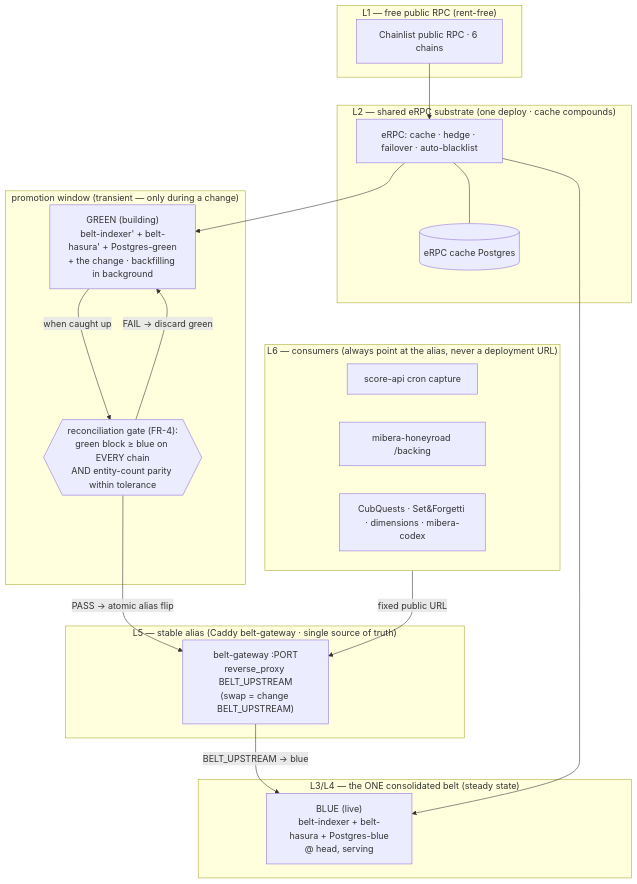
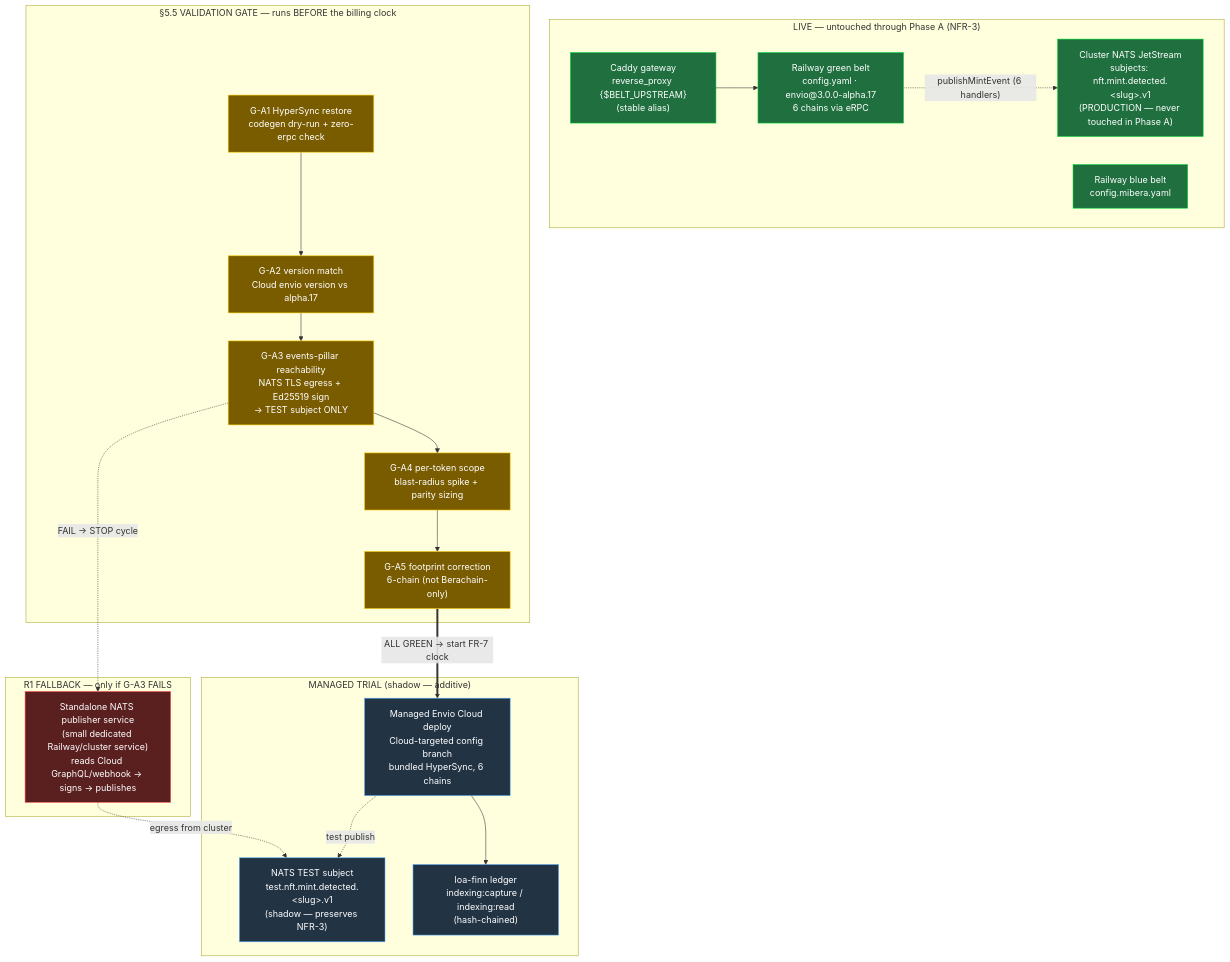
The first of 5 diagrams in grimoires/loa/sdd.md (0xHoneyJar/sonar-api), drawn with Mermaid before and after one commit. The commit also changed other lines of this file and 10 other files, not shown here.

````diff
--- a/grimoires/loa/sdd.md
+++ b/grimoires/loa/sdd.md
@@ -61,39 +78,45 @@
 ```mermaid
 graph TD
-    subgraph Consumers["L6 — consumers (always point at the alias, never a deployment URL)"]
-        SC[score-api cron capture]
-        HR[mibera-honeyroad /backing]
-        CQ[CubQuests · Set&Forgetti · dimensions · mibera-codex]
+    subgraph LIVE["LIVE — untouched through Phase A (NFR-3)"]
+        GW["Caddy gateway<br/>reverse_proxy {$BELT_UPSTREAM}<br/>(stable alias)"]
+        GREEN["Railway green belt<br/>config.yaml · envio@3.0.0-alpha.17<br/>6 chains via eRPC"]
+        BLUE["Railway blue belt<br/>config.mibera.yaml"]
+        NATSPROD["Cluster NATS JetStream<br/>subjects: nft.mint.detected.&lt;slug&gt;.v1<br/>(PRODUCTION — never touched in Phase A)"]
+        GW --> GREEN
+        GREEN -. "publishMintEvent (6 handlers)" .-> NATSPROD
     end
 
-    subgraph Alias["L5 — stable alias (Caddy belt-gateway · single source of truth)"]
-        GW["belt-gateway :PORT<br/>reverse_proxy BELT_UPSTREAM<br/>(swap = change BELT_UPSTREAM)"]
-    end
-    Consumers -->|fixed public URL| GW
-
-    subgraph Serving["L3/L4 — the ONE consolidated belt (steady state)"]
-        BLUE["BLUE (live)<br/>belt-indexer + belt-hasura + Postgres-blue<br/>@ head, serving"]
-    end
-    GW -->|BELT_UPSTREAM → blue| BLUE
-
-    subgraph Promotion["promotion window (transient — only during a change)"]
-        GREEN["GREEN (building)<br/>belt-indexer' + belt-hasura' + Postgres-green<br/>+ the change · backfilling in background"]
-        GATE{{"reconciliation gate (FR-4):<br/>green block ≥ blue on EVERY chain<br/>AND entity-count parity within tolerance"}}
-        GREEN -->|when caught up| GATE
-        GATE -->|PASS → atomic alias flip| GW
-        GATE -->|FAIL → discard green| GREEN
+    subgraph GATE["§5.5 VALIDATION GATE — runs BEFORE the billing clock"]
+        GA1["G-A1 HyperSync restore<br/>codegen dry-run + zero-erpc check"]
+        GA2["G-A2 version match<br/>Cloud envio version vs alpha.17"]
+        GA3["G-A3 events-pillar reachability<br/>NATS TLS egress + Ed25519 sign<br/>→ TEST subject ONLY"]
+        GA4["G-A4 per-token scope<br/>blast-radius spike + parity sizing"]
+        GA5["G-A5 footprint correction<br/>6-chain (not Berachain-only)"]
+        GA1 --> GA2 --> GA3 --> GA4 --> GA5
     end
 
-    subgraph L2["L2 — shared eRPC substrate (one deploy · cache compounds)"]
-        ERPC[eRPC: cache · hedge · failover · auto-blacklist]
-        EPG[(eRPC cache Postgres)]
-        ERPC --- EPG
+    subgraph TRIAL["MANAGED TRIAL (shadow — additive)"]
+        CLOUD["Managed Envio Cloud deploy<br/>Cloud-targeted config branch<br/>bundled HyperSync, 6 chains"]
+        NATSTEST["NATS TEST subject<br/>test.nft.mint.detected.&lt;slug&gt;.v1<br/>(shadow — preserves NFR-3)"]
+        LEDGER["loa-finn ledger<br/>indexing:capture / indexing:read<br/>(hash-chained)"]
+        CLOUD -. "test publish" .-> NATSTEST
+        CLOUD --> LEDGER
     end
-    ERPC --> BLUE
-    ERPC --> GREEN
 
-    subgraph L1["L1 — free public RPC (rent-free)"]
-        RPC[Chainlist public RPC · 6 chains]
+    subgraph FALLBACK["R1 FALLBACK — only if G-A3 FAILS"]
+        PUB["Standalone NATS publisher service<br/>(small dedicated Railway/cluster service)<br/>reads Cloud GraphQL/webhook → signs → publishes"]
     end
-    RPC --> ERPC
+
+    GA5 ==>|"ALL GREEN → start FR-7 clock"| CLOUD
+    GA3 -.->|"FAIL → STOP cycle"| PUB
+    PUB -. "egress from cluster" .-> NATSTEST
+
+    classDef live fill:#1f6f3f,stroke:#0d3,color:#fff
+    classDef gate fill:#7a5c00,stroke:#fc0,color:#fff
+    classDef trial fill:#234,stroke:#5af,color:#fff
+    classDef fb fill:#5a1f1f,stroke:#f55,color:#fff
+    class GW,GREEN,BLUE,NATSPROD live
+    class GA1,GA2,GA3,GA4,GA5 gate
+    class CLOUD,NATSTEST,LEDGER trial
+    class PUB fb
 ```
````
